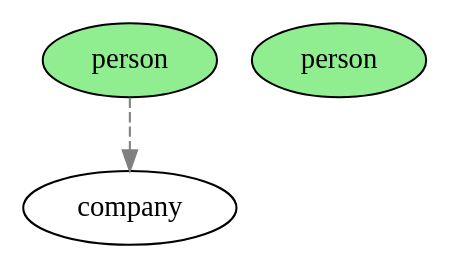
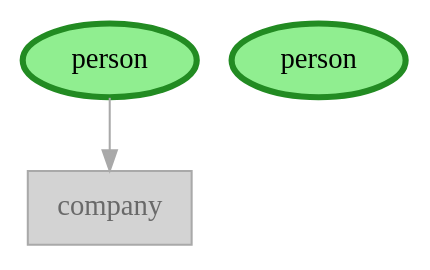
Before and after one commit to graphistry/pygraphistry: the first of 4 diagrams in docs/source/gfql/translate.rst, drawn with Graphviz. The commit also changed other lines of this file, not shown here.

First line of the commit message:
docs(gfql): apply consistent diagram styling to translate.rst

```diff
--- a/docs/source/gfql/translate.rst
+++ b/docs/source/gfql/translate.rst
@@ -70,9 +70,9 @@
 .. graphviz::
 
    digraph find_nodes {
        node [shape=ellipse];
-       person1 [style=filled, fillcolor=lightgreen, label="person"];
-       person2 [style=filled, fillcolor=lightgreen, label="person"];
-       company1 [label="company"];
-       person1 -> company1 [style=dashed, color=gray];
+       person1 [label="person", style="filled,bold", fillcolor="#90EE90", penwidth=3, color="#228B22"];
+       person2 [label="person", style="filled,bold", fillcolor="#90EE90", penwidth=3, color="#228B22"];
+       company1 [label="company", shape=box, style=filled, fillcolor="#D3D3D3", color="#A9A9A9", fontcolor="#696969"];
+       person1 -> company1 [color="#A9A9A9"];
    }
```
